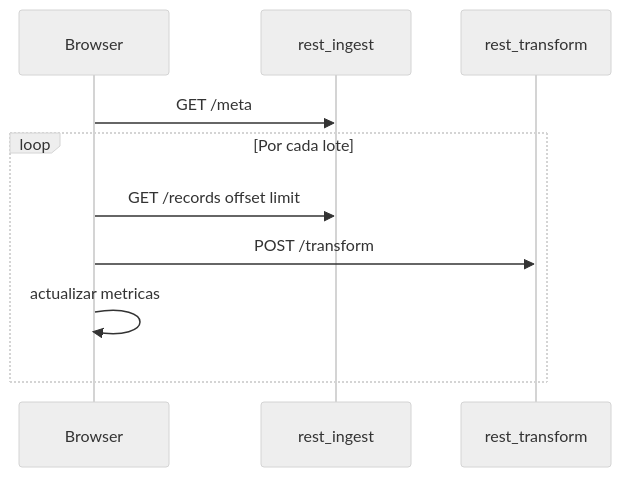
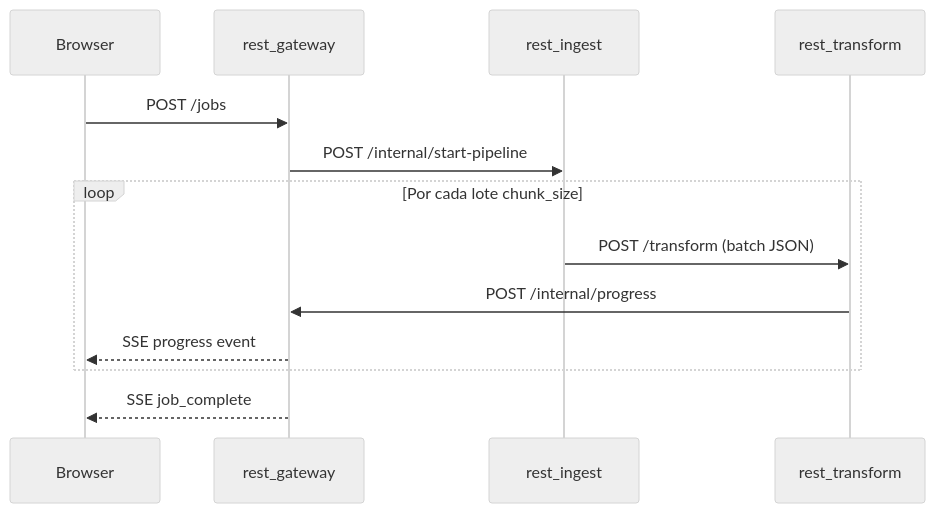
One commit to cccg8105/cccg_grpc_demo changed diagram 16 of 16 in docs/GUIA_DIDACTICA.md. Above: the diagram before and after it, drawn with Mermaid (neutral theme). The commit also changed other lines of this file and 46 other files, not shown here.

````diff
--- a/docs/GUIA_DIDACTICA.md
+++ b/docs/GUIA_DIDACTICA.md
@@ -568,13 +562,16 @@
 ```mermaid
 sequenceDiagram
   participant UI as Browser
+  participant GW as rest_gateway
   participant ING as rest_ingest
   participant TRF as rest_transform
 
-  UI->>ING: GET /meta
-  loop Por cada lote
-    UI->>ING: GET /records offset limit
-    UI->>TRF: POST /transform
-    UI->>UI: actualizar metricas
+  UI->>GW: POST /jobs
+  GW->>ING: POST /internal/start-pipeline
+  loop Por cada lote chunk_size
+    ING->>TRF: POST /transform (batch JSON)
+    TRF->>GW: POST /internal/progress
+    GW-->>UI: SSE progress event
   end
+  GW-->>UI: SSE job_complete
 ```
````
